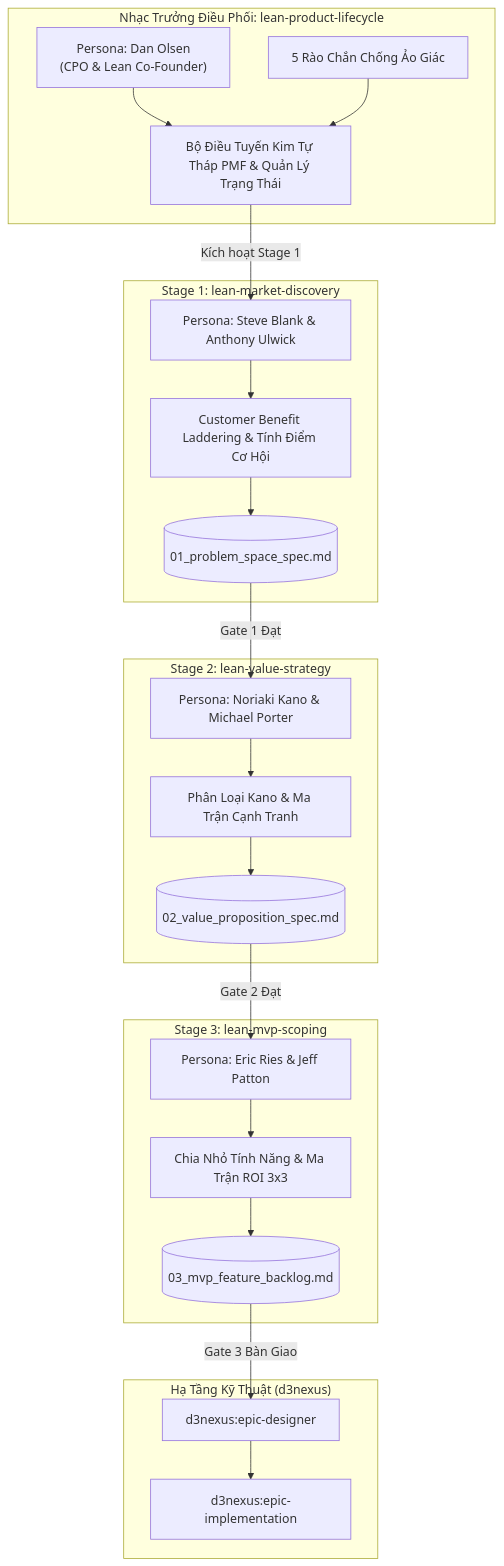
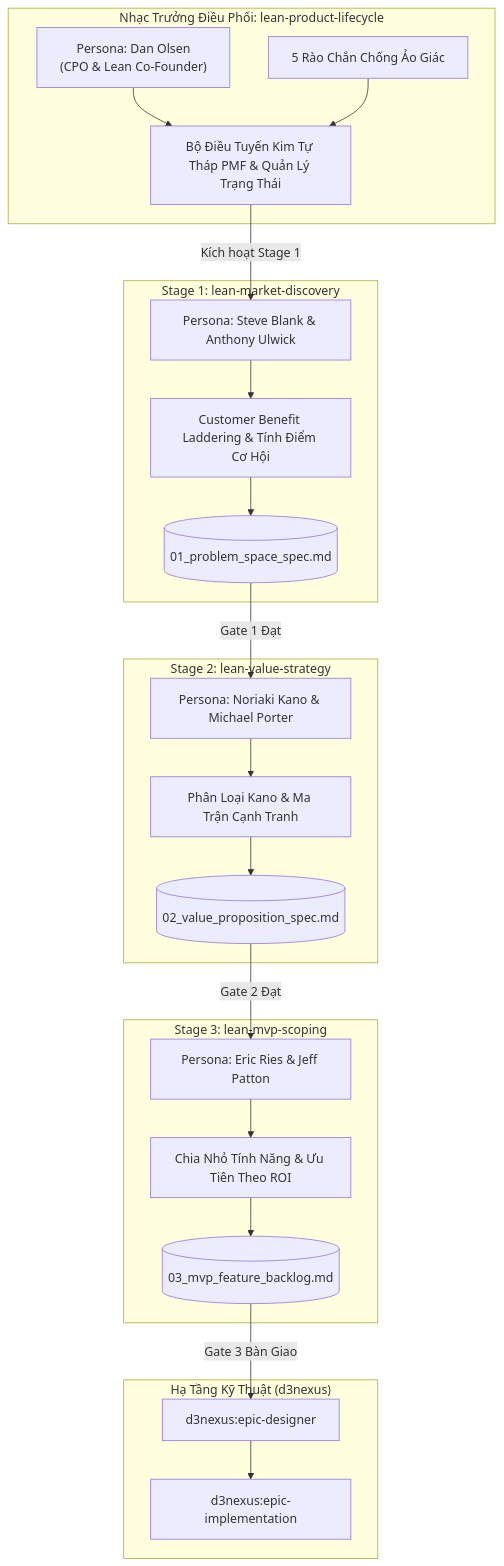
The first of 3 diagrams in .devtool/epic/lean_product_suite/lean_product_suite.vi.md (DanhDue/ai-agent-tools), drawn with Mermaid before and after one commit. The commit also changed other lines of this file and 16 other files, not shown here.

````diff
--- a/.devtool/epic/lean_product_suite/lean_product_suite.vi.md
+++ b/.devtool/epic/lean_product_suite/lean_product_suite.vi.md
@@ -56,42 +68,42 @@
 ```mermaid
 graph TD
     subgraph ORCHESTRATOR["Nhạc Trưởng Điều Phối: lean-product-lifecycle"]
         DAN["Persona: Dan Olsen<br/>(CPO &amp; Lean Co-Founder)"]
         GUARD["5 Rào Chắn Chống Ảo Giác"]
         ROUTER["Bộ Điều Tuyến Kim Tự Tháp PMF &amp; Quản Lý Trạng Thái"]
     end
 
     subgraph STAGE1["Stage 1: lean-market-discovery"]
         STEVE["Persona: Steve Blank &amp; Anthony Ulwick"]
         DISC["Customer Benefit Laddering &amp; Tính Điểm Cơ Hội"]
         ART1[("01_problem_space_spec.md")]
     end
 
     subgraph STAGE2["Stage 2: lean-value-strategy"]
         KANO["Persona: Noriaki Kano &amp; Michael Porter"]
         GRID["Phân Loại Kano &amp; Ma Trận Cạnh Tranh"]
         ART2[("02_value_proposition_spec.md")]
     end
 
     subgraph STAGE3["Stage 3: lean-mvp-scoping"]
         RIES["Persona: Eric Ries &amp; Jeff Patton"]
-        ROI["Chia Nhỏ Tính Năng &amp; Ma Trận ROI 3x3"]
+        ROI["Chia Nhỏ Tính Năng &amp; Ưu Tiên Theo ROI"]
         ART3[("03_mvp_feature_backlog.md")]
     end
 
     subgraph DOWNSTREAM["Hạ Tầng Kỹ Thuật (d3nexus)"]
         EPIC_DES["d3nexus:epic-designer"]
         EPIC_IMP["d3nexus:epic-implementation"]
     end
 
     DAN --> ROUTER
     GUARD --> ROUTER
     ROUTER -->|Kích hoạt Stage 1| STEVE
     STEVE --> DISC --> ART1
     ART1 -->|Gate 1 Đạt| KANO
     KANO --> GRID --> ART2
     ART2 -->|Gate 2 Đạt| RIES
     RIES --> ROI --> ART3
     ART3 -->|Gate 3 Bàn Giao| EPIC_DES
     EPIC_DES --> EPIC_IMP
 ```
````
